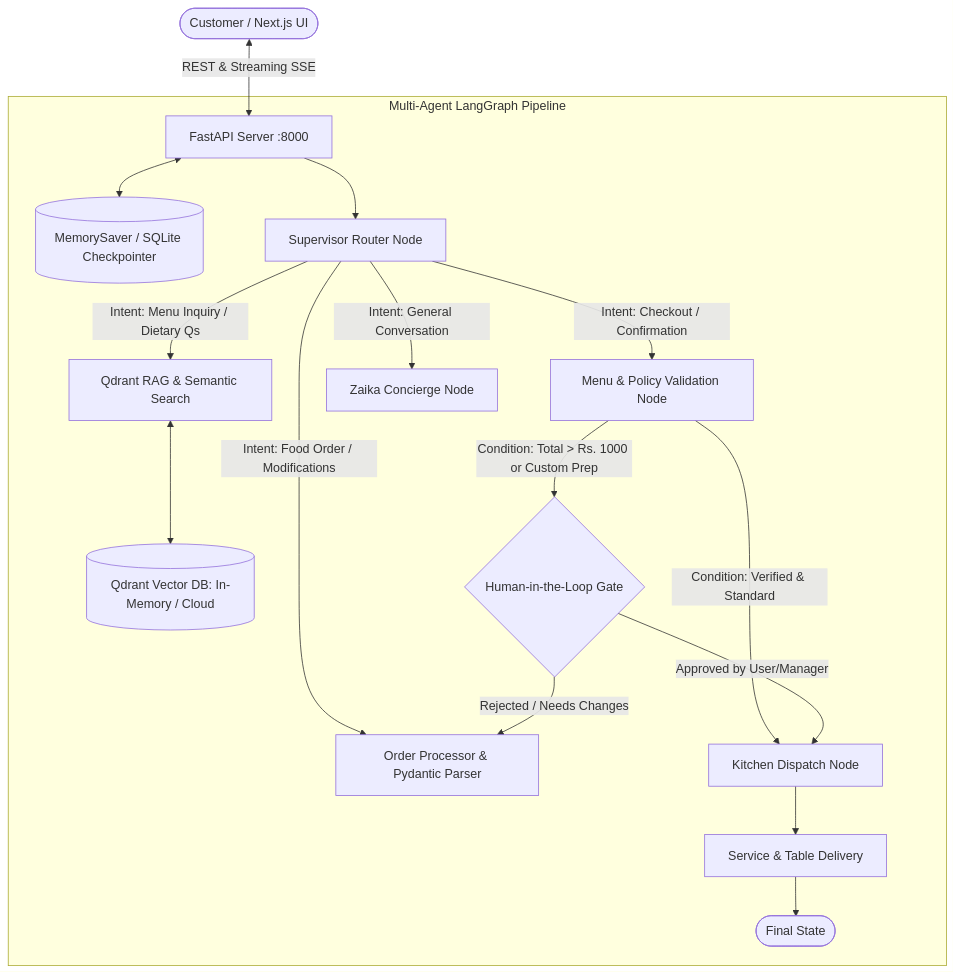
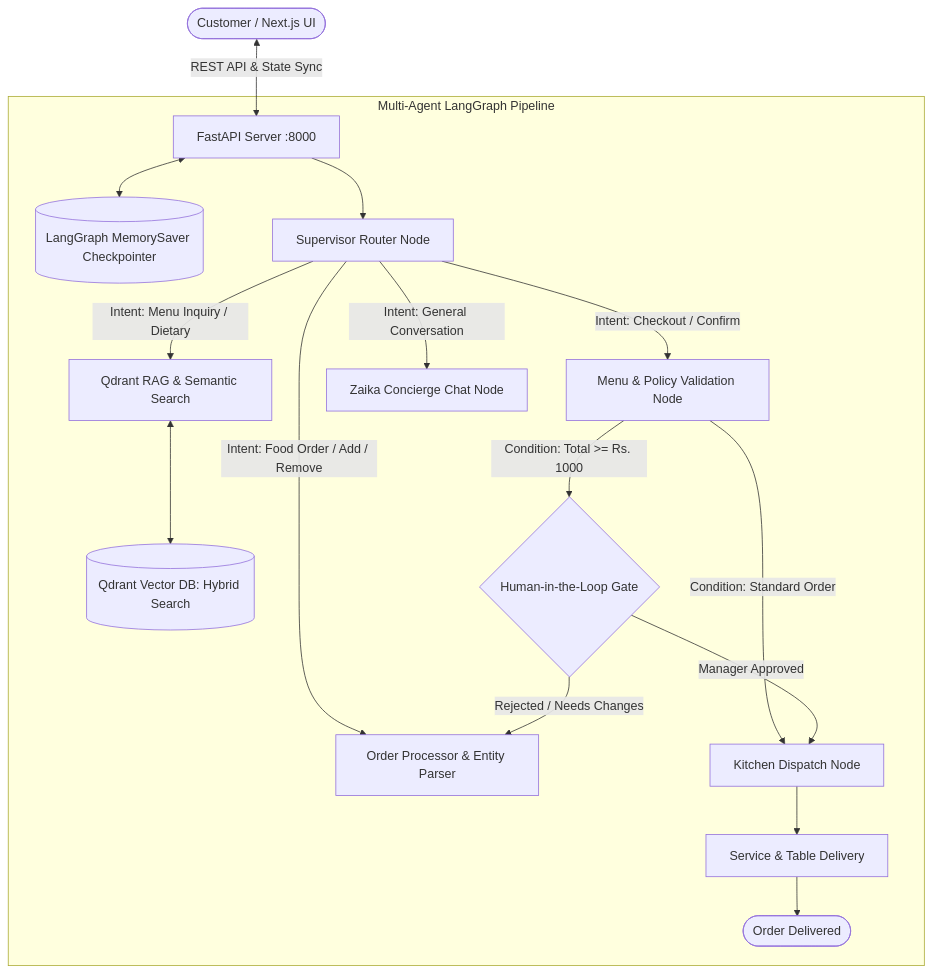
The diagram in README.md (Awanish9230/restaurant-agent), drawn with Mermaid before and after one commit. The commit also changed other lines of this file and 2 other files, not shown here.

````diff
--- a/README.md
+++ b/README.md
@@ -15,25 +15,25 @@
 ```mermaid
 graph TD
-    User([Customer / Next.js UI]) <-->|REST & Streaming SSE| API[FastAPI Server :8000]
+    User([Customer / Next.js UI]) <-->|REST API & State Sync| API[FastAPI Server :8000]
     
     subgraph Multi-Agent LangGraph Pipeline
-        API <--> Memory[(MemorySaver / SQLite Checkpointer)]
+        API <--> Memory[(LangGraph MemorySaver Checkpointer)]
         API --> RouterNode[Supervisor Router Node]
         
-        RouterNode -->|Intent: Menu Inquiry / Dietary Qs| RAGNode[Qdrant RAG & Semantic Search]
-        RouterNode -->|Intent: Food Order / Modifications| OrderNode[Order Processor & Pydantic Parser]
-        RouterNode -->|Intent: Checkout / Confirmation| ValidationNode[Menu & Policy Validation Node]
-        RouterNode -->|Intent: General Conversation| ChatNode[Zaika Concierge Node]
+        RouterNode -->|Intent: Menu Inquiry / Dietary| RAGNode[Qdrant RAG & Semantic Search]
+        RouterNode -->|Intent: Food Order / Add / Remove| OrderNode[Order Processor & Entity Parser]
+        RouterNode -->|Intent: Checkout / Confirm| ValidationNode[Menu & Policy Validation Node]
+        RouterNode -->|Intent: General Conversation| ChatNode[Zaika Concierge Chat Node]
         
-        RAGNode <--> Qdrant[(Qdrant Vector DB: In-Memory / Cloud)]
+        RAGNode <--> Qdrant[(Qdrant Vector DB: Hybrid Search)]
         
-        ValidationNode -->|Condition: Total > Rs. 1000 or Custom Prep| HITLNode{Human-in-the-Loop Gate}
-        ValidationNode -->|Condition: Verified & Standard| KitchenNode[Kitchen Dispatch Node]
+        ValidationNode -->|Condition: Total >= Rs. 1000| HITLNode{Human-in-the-Loop Gate}
+        ValidationNode -->|Condition: Standard Order| KitchenNode[Kitchen Dispatch Node]
         
-        HITLNode -->|Approved by User/Manager| KitchenNode
+        HITLNode -->|Manager Approved| KitchenNode
         HITLNode -->|Rejected / Needs Changes| OrderNode
         
         KitchenNode --> ServingNode[Service & Table Delivery]
-        ServingNode --> END([Final State])
+        ServingNode --> END([Order Delivered])
     end
 ```
````
